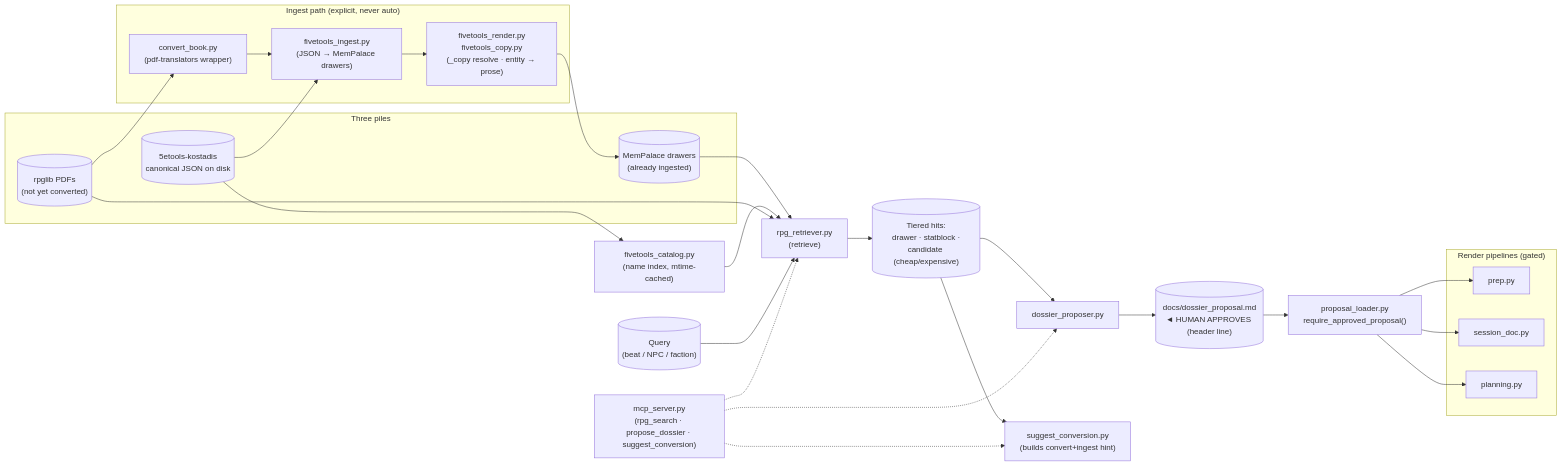
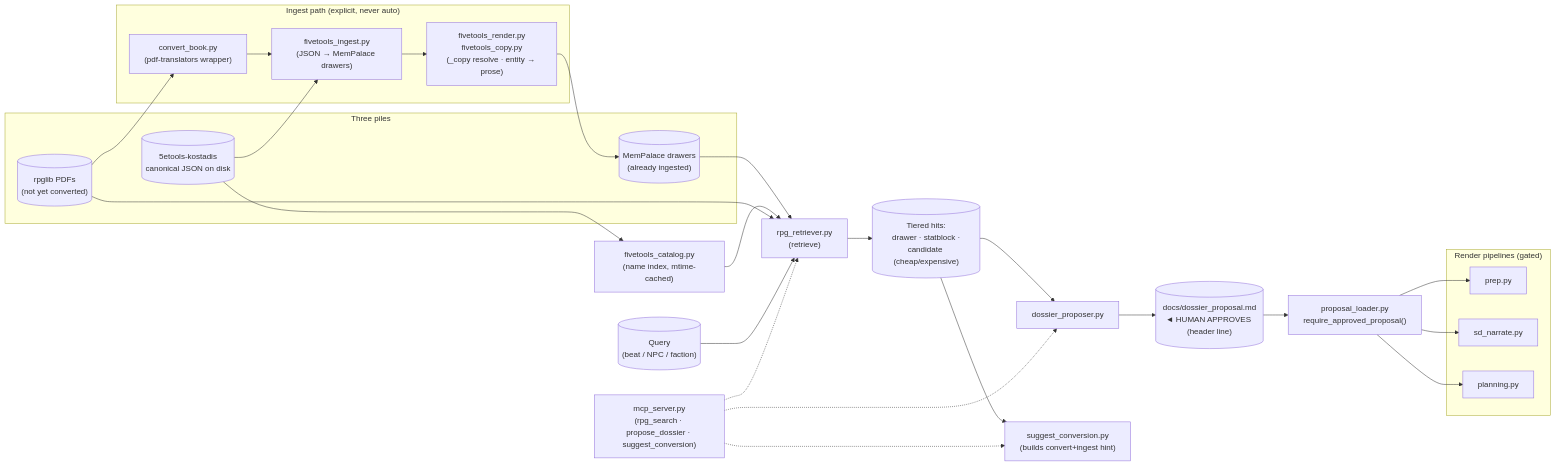
The third of 3 diagrams in docs/core/architecture.md (ameade/CampaignGenerator), drawn with Mermaid before and after one commit. The commit also changed other lines of this file and 28 other files, not shown here.

````diff
--- a/docs/core/architecture.md
+++ b/docs/core/architecture.md
@@ -136,56 +136,56 @@
 ```mermaid
 flowchart LR
     Q[("Query<br/>(beat / NPC / faction)")]
 
     subgraph Sources["Three piles"]
         DRW[("MemPalace drawers<br/>(already ingested)")]
         FT[("5etools-kostadis<br/>canonical JSON on disk")]
         RPGLIB[("rpglib PDFs<br/>(not yet converted)")]
     end
 
     RR["rpg_retriever.py<br/>(retrieve)"]
     DRW --> RR
     FTC["fivetools_catalog.py<br/>(name index, mtime-cached)"] --> RR
     FT --> FTC
     RPGLIB --> RR
 
     Q --> RR
 
     HITS[("Tiered hits:<br/>drawer · statblock ·<br/>candidate (cheap/expensive)")]
     RR --> HITS
 
     DP["dossier_proposer.py"]
     HITS --> DP
     PROP[("docs/dossier_proposal.md<br/>◄ HUMAN APPROVES (header line)")]
     DP --> PROP
 
     SUGG["suggest_conversion.py<br/>(builds convert+ingest hint)"]
     HITS --> SUGG
 
     subgraph Ingest["Ingest path (explicit, never auto)"]
         CB["convert_book.py<br/>(pdf-translators wrapper)"]
         FI["fivetools_ingest.py<br/>(JSON → MemPalace drawers)"]
         FR["fivetools_render.py<br/>fivetools_copy.py<br/>(_copy resolve · entity → prose)"]
     end
     RPGLIB --> CB --> FI
     FT --> FI
     FI --> FR
     FR --> DRW
 
     LOAD["proposal_loader.py<br/>require_approved_proposal()"]
     PROP --> LOAD
 
     subgraph Render["Render pipelines (gated)"]
         PR["prep.py"]
-        SDP["session_doc.py"]
+        SDP["sd_narrate.py"]
         PLN["planning.py"]
     end
     LOAD --> PR
     LOAD --> SDP
     LOAD --> PLN
 
     MCP["mcp_server.py<br/>(rpg_search · propose_dossier · suggest_conversion)"]
     MCP -.-> RR
     MCP -.-> DP
     MCP -.-> SUGG
 ```
````
